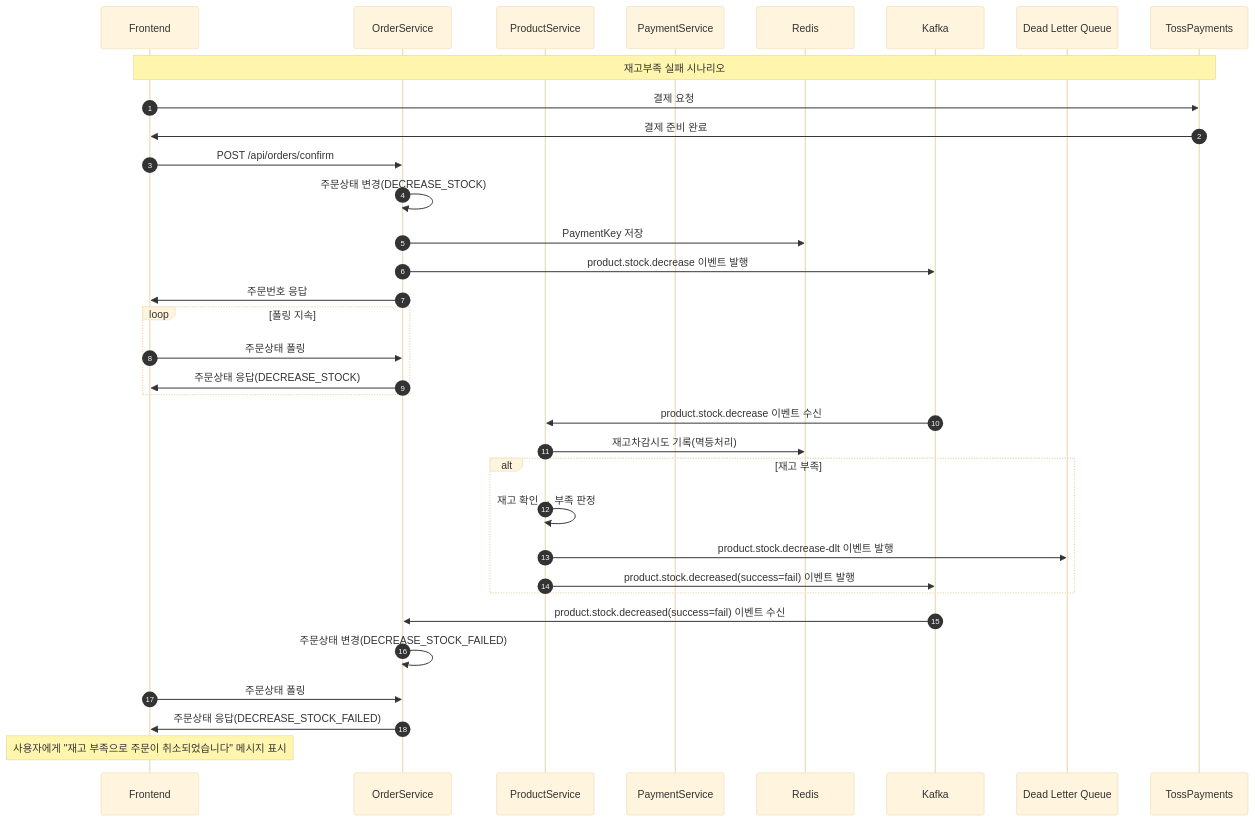
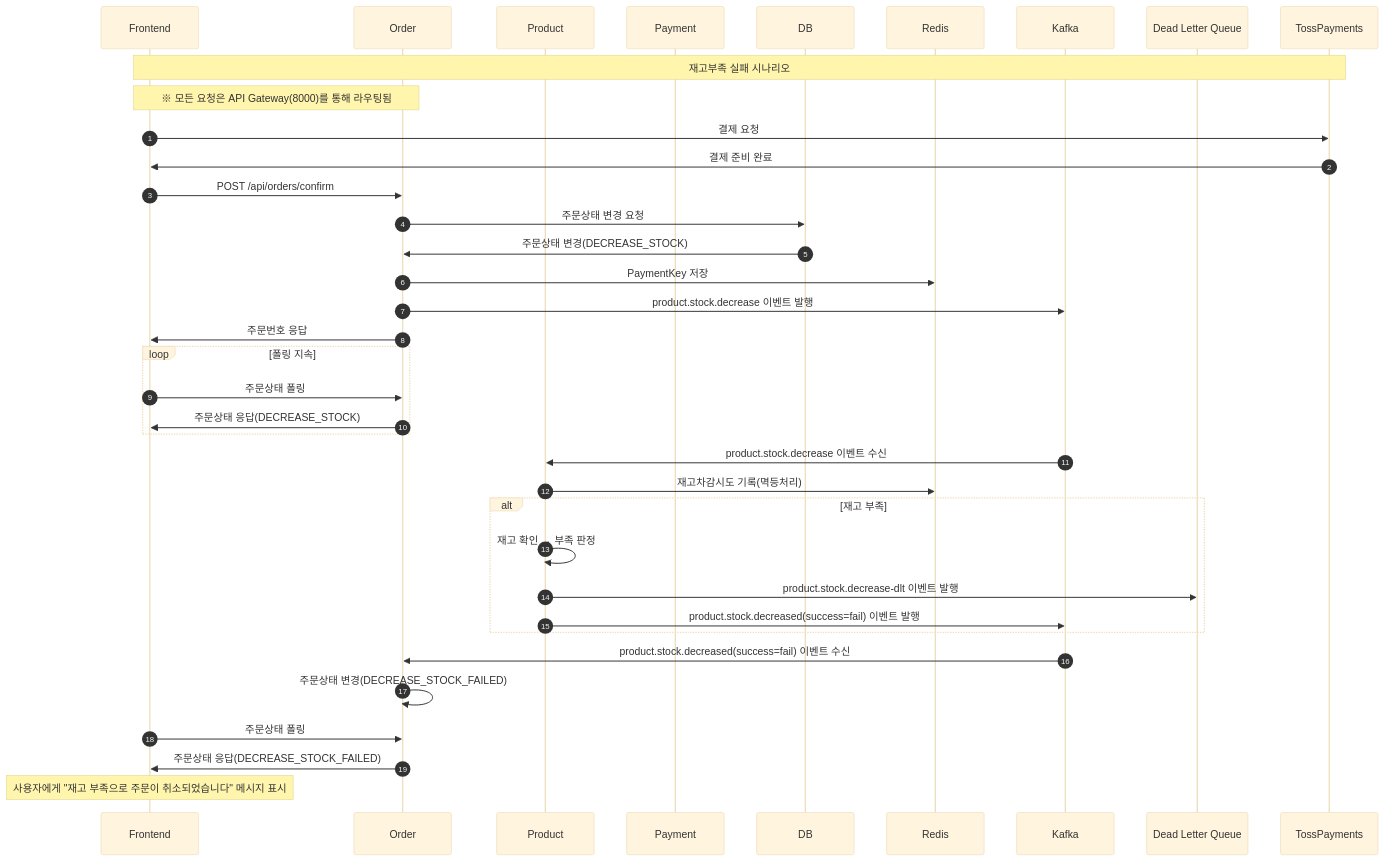
Before and after one commit to hana0627/i-love-pet: the fourth of 5 diagrams in readMe.md, drawn with Mermaid (base theme). The commit also changed other lines of this file, not shown here.

````diff
--- a/readMe.md
+++ b/readMe.md
@@ -308,45 +364,48 @@
 ```mermaid
 sequenceDiagram autonumber
     participant Frontend
-    participant OrderService
-    participant ProductService
-    participant PaymentService
+    participant Order
+    participant Product
+    participant Payment
+    participant DB
     participant Redis
     participant Kafka
     participant DLQ as Dead Letter Queue
     participant TossPayments
 
     Note over Frontend,TossPayments: 재고부족 실패 시나리오
+    Note over Frontend,Order: ※ 모든 요청은 API Gateway(8000)를 통해 라우팅됨
 
     Frontend->>TossPayments: 결제 요청
     TossPayments->>Frontend: 결제 준비 완료
 
 
-    Frontend->>OrderService: POST /api/orders/confirm
-    OrderService->>OrderService: 주문상태 변경(DECREASE_STOCK)
-    OrderService->>Redis: PaymentKey 저장
-    OrderService->>Kafka: product.stock.decrease 이벤트 발행
-    OrderService->>Frontend: 주문번호 응답
+    Frontend->>Order: POST /api/orders/confirm
+    Order->>DB: 주문상태 변경 요청
+    DB->>Order: 주문상태 변경(DECREASE_STOCK)
+    Order->>Redis: PaymentKey 저장
+    Order->>Kafka: product.stock.decrease 이벤트 발행
+    Order->>Frontend: 주문번호 응답
     
     loop 폴링 지속
-        Frontend->>OrderService: 주문상태 폴링
-        OrderService->>Frontend: 주문상태 응답(DECREASE_STOCK)
+        Frontend->>Order: 주문상태 폴링
+        Order->>Frontend: 주문상태 응답(DECREASE_STOCK)
     end
 
-    Kafka->>ProductService: product.stock.decrease 이벤트 수신
-    ProductService->>Redis: 재고차감시도 기록(멱등처리)
+    Kafka->>Product: product.stock.decrease 이벤트 수신
+    Product->>Redis: 재고차감시도 기록(멱등처리)
     
     alt 재고 부족
-        ProductService->>ProductService: 재고 확인 → 부족 판정
-        ProductService->>DLQ: product.stock.decrease-dlt 이벤트 발행
-        ProductService->>Kafka: product.stock.decreased(success=fail) 이벤트 발행
+        Product->>Product: 재고 확인 → 부족 판정
+        Product->>DLQ: product.stock.decrease-dlt 이벤트 발행
+        Product->>Kafka: product.stock.decreased(success=fail) 이벤트 발행
     end
 
-    Kafka->>OrderService: product.stock.decreased(success=fail) 이벤트 수신
-    OrderService->>OrderService: 주문상태 변경(DECREASE_STOCK_FAILED)
+    Kafka->>Order: product.stock.decreased(success=fail) 이벤트 수신
+    Order->>Order: 주문상태 변경(DECREASE_STOCK_FAILED)
 
-    Frontend->>OrderService: 주문상태 폴링
-    OrderService->>Frontend: 주문상태 응답(DECREASE_STOCK_FAILED)
+    Frontend->>Order: 주문상태 폴링
+    Order->>Frontend: 주문상태 응답(DECREASE_STOCK_FAILED)
     
     Note over Frontend: 사용자에게 "재고 부족으로 주문이 취소되었습니다" 메시지 표시
 ```
````
